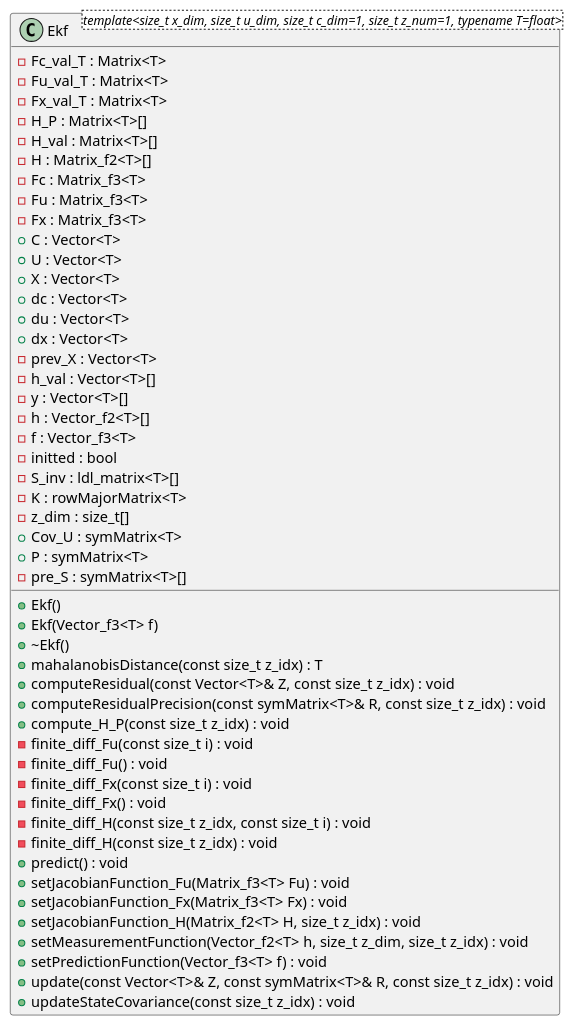
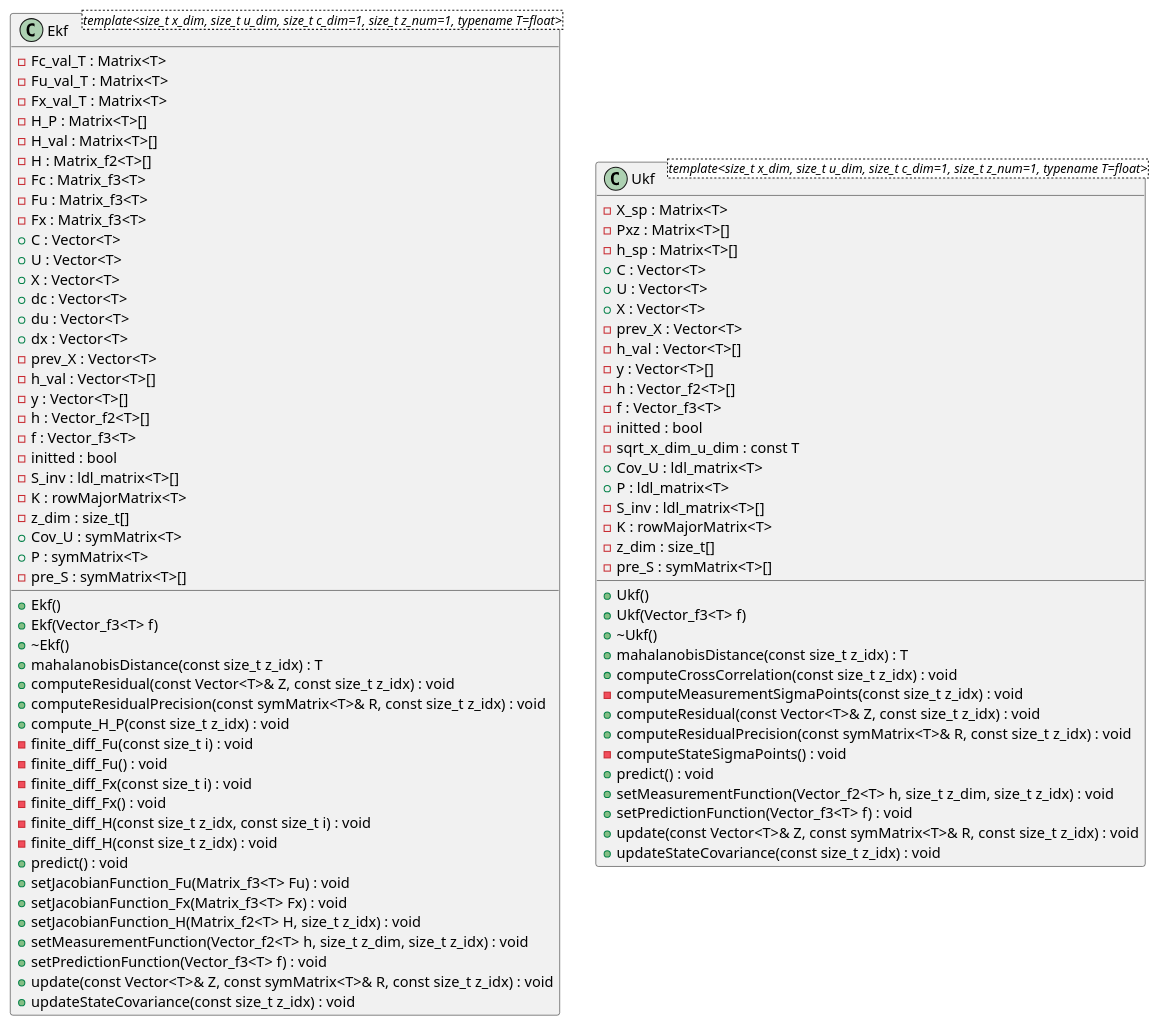
One commit to robinAZERTY/bayesian_filter changed the diagram in docs/architecture/classDiagram.puml. Above: the diagram before and after it, drawn with PlantUML. The commit also changed 1 other file, not shown here.

Commit message:
Updated UML diagram

```diff
--- a/docs/architecture/classDiagram.puml
+++ b/docs/architecture/classDiagram.puml
@@ -1,79 +1,116 @@
 @startuml
 
 
 
 
 
 /' Objects '/
 
 class Ekf <template<size_t x_dim, size_t u_dim, size_t c_dim=1, size_t z_num=1, typename T=float>> {
 	+Ekf()
 	+Ekf(Vector_f3<T> f)
 	+~Ekf()
 	-Fc_val_T : Matrix<T>
 	-Fu_val_T : Matrix<T>
 	-Fx_val_T : Matrix<T>
 	-H_P : Matrix<T>[]
 	-H_val : Matrix<T>[]
 	-H : Matrix_f2<T>[]
 	-Fc : Matrix_f3<T>
 	-Fu : Matrix_f3<T>
 	-Fx : Matrix_f3<T>
 	+mahalanobisDistance(const size_t z_idx) : T
 	+C : Vector<T>
 	+U : Vector<T>
 	+X : Vector<T>
 	+dc : Vector<T>
 	+du : Vector<T>
 	+dx : Vector<T>
 	-prev_X : Vector<T>
 	-h_val : Vector<T>[]
 	-y : Vector<T>[]
 	-h : Vector_f2<T>[]
 	-f : Vector_f3<T>
 	-initted : bool
 	-S_inv : ldl_matrix<T>[]
 	-K : rowMajorMatrix<T>
 	-z_dim : size_t[]
 	+Cov_U : symMatrix<T>
 	+P : symMatrix<T>
 	-pre_S : symMatrix<T>[]
 	+computeResidual(const Vector<T>& Z, const size_t z_idx) : void
 	+computeResidualPrecision(const symMatrix<T>& R, const size_t z_idx) : void
 	+compute_H_P(const size_t z_idx) : void
 	-finite_diff_Fu(const size_t i) : void
 	-finite_diff_Fu() : void
 	-finite_diff_Fx(const size_t i) : void
 	-finite_diff_Fx() : void
 	-finite_diff_H(const size_t z_idx, const size_t i) : void
 	-finite_diff_H(const size_t z_idx) : void
 	+predict() : void
 	+setJacobianFunction_Fu(Matrix_f3<T> Fu) : void
 	+setJacobianFunction_Fx(Matrix_f3<T> Fx) : void
 	+setJacobianFunction_H(Matrix_f2<T> H, size_t z_idx) : void
 	+setMeasurementFunction(Vector_f2<T> h, size_t z_dim, size_t z_idx) : void
 	+setPredictionFunction(Vector_f3<T> f) : void
 	+update(const Vector<T>& Z, const symMatrix<T>& R, const size_t z_idx) : void
 	+updateStateCovariance(const size_t z_idx) : void
 }
 
 
+class Ukf <template<size_t x_dim, size_t u_dim, size_t c_dim=1, size_t z_num=1, typename T=float>> {
+	+Ukf()
+	+Ukf(Vector_f3<T> f)
+	+~Ukf()
+	-X_sp : Matrix<T>
+	-Pxz : Matrix<T>[]
+	-h_sp : Matrix<T>[]
+	+mahalanobisDistance(const size_t z_idx) : T
+	+C : Vector<T>
+	+U : Vector<T>
+	+X : Vector<T>
+	-prev_X : Vector<T>
+	-h_val : Vector<T>[]
+	-y : Vector<T>[]
+	-h : Vector_f2<T>[]
+	-f : Vector_f3<T>
+	-initted : bool
+	-sqrt_x_dim_u_dim : const T
+	+Cov_U : ldl_matrix<T>
+	+P : ldl_matrix<T>
+	-S_inv : ldl_matrix<T>[]
+	-K : rowMajorMatrix<T>
+	-z_dim : size_t[]
+	-pre_S : symMatrix<T>[]
+	+computeCrossCorrelation(const size_t z_idx) : void
+	-computeMeasurementSigmaPoints(const size_t z_idx) : void
+	+computeResidual(const Vector<T>& Z, const size_t z_idx) : void
+	+computeResidualPrecision(const symMatrix<T>& R, const size_t z_idx) : void
+	-computeStateSigmaPoints() : void
+	+predict() : void
+	+setMeasurementFunction(Vector_f2<T> h, size_t z_dim, size_t z_idx) : void
+	+setPredictionFunction(Vector_f3<T> f) : void
+	+update(const Vector<T>& Z, const symMatrix<T>& R, const size_t z_idx) : void
+	+updateStateCovariance(const size_t z_idx) : void
+}
+
+
 
 
 
 /' Inheritance relationships '/
 
 
 
 
 /' Aggregation relationships '/
 
 
 
 
 
 /' Nested objects '/
 
 
 
 @enduml
```
